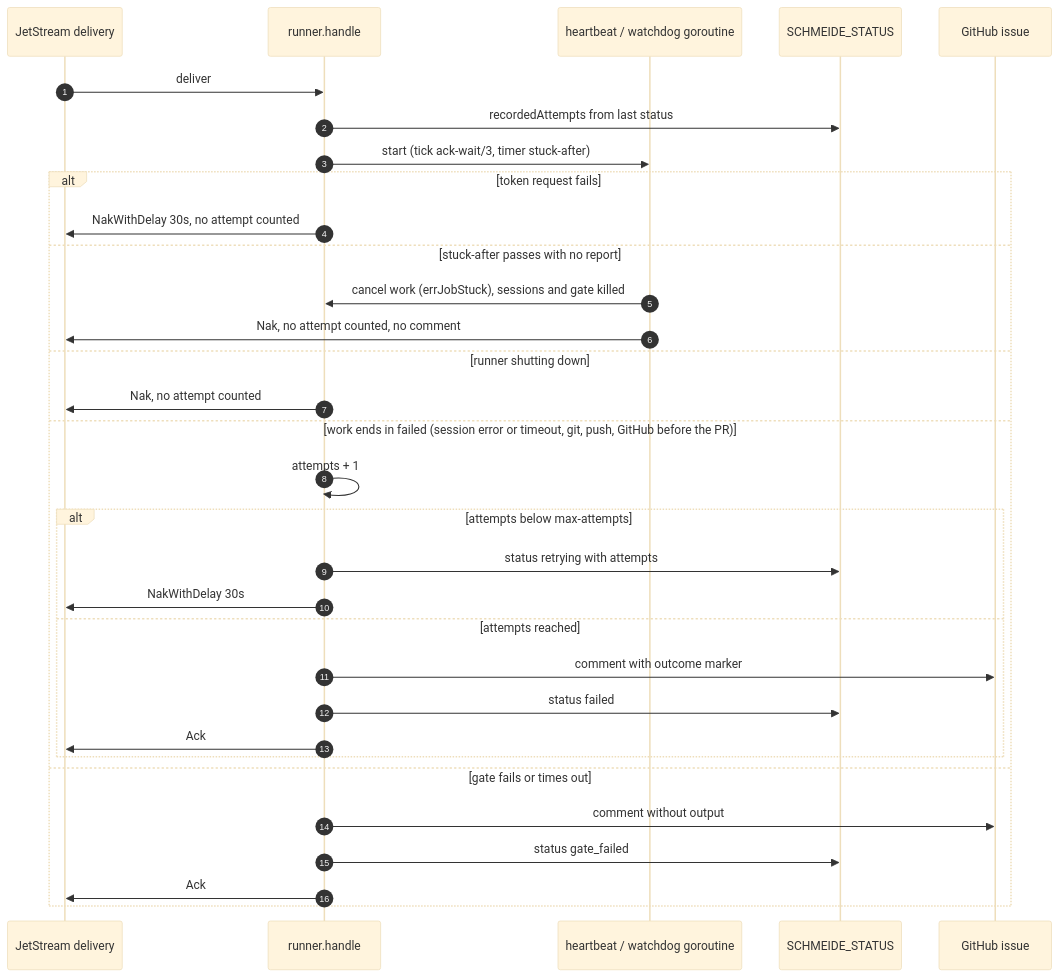
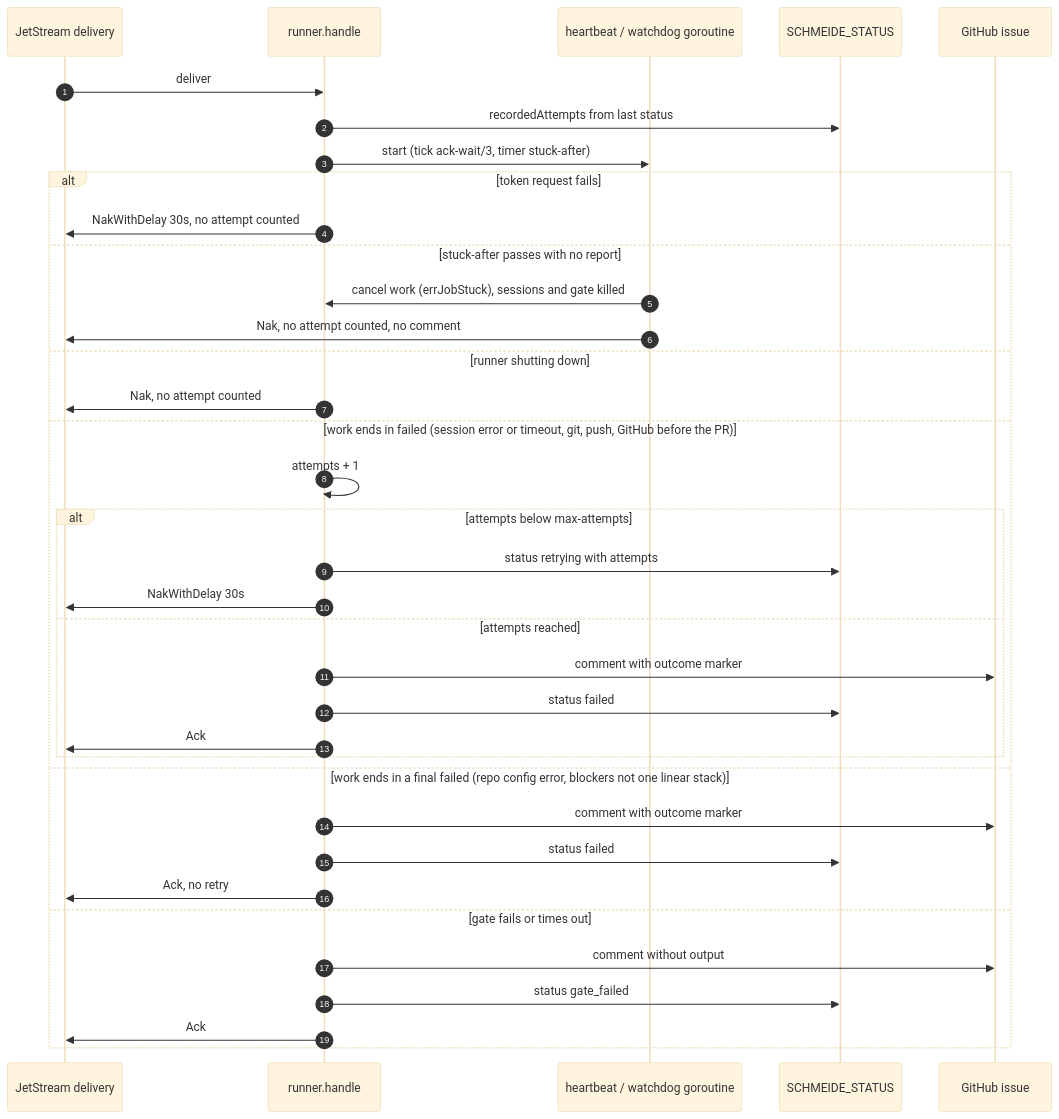
One commit to autobutler-org/schmeide changed the seventh of 7 diagrams in docs/architecture/job-flows.md. Above: the diagram before and after it, drawn with Mermaid (base theme). The commit also changed 12 other files, not shown here.

First line of the commit message:
fail a job finally on a missing repo config or side-by-side blockers (#216)

````diff
--- a/docs/architecture/job-flows.md
+++ b/docs/architecture/job-flows.md
@@ -250,35 +250,39 @@
 ```mermaid
 sequenceDiagram
     autonumber
     participant JS as JetStream delivery
     participant R as runner.handle
     participant WD as heartbeat / watchdog goroutine
     participant ST as SCHMEIDE_STATUS
     participant GH as GitHub issue
 
     JS->>R: deliver
     R->>ST: recordedAttempts from last status
     R->>WD: start (tick ack-wait/3, timer stuck-after)
     alt token request fails
         R->>JS: NakWithDelay 30s, no attempt counted
     else stuck-after passes with no report
         WD->>R: cancel work (errJobStuck), sessions and gate killed
         WD->>JS: Nak, no attempt counted, no comment
     else runner shutting down
         R->>JS: Nak, no attempt counted
     else work ends in failed (session error or timeout, git, push, GitHub before the PR)
         R->>R: attempts + 1
         alt attempts below max-attempts
             R->>ST: status retrying with attempts
             R->>JS: NakWithDelay 30s
         else attempts reached
             R->>GH: comment with outcome marker
             R->>ST: status failed
             R->>JS: Ack
         end
+    else work ends in a final failed (repo config error, blockers not one linear stack)
+        R->>GH: comment with outcome marker
+        R->>ST: status failed
+        R->>JS: Ack, no retry
     else gate fails or times out
         R->>GH: comment without output
         R->>ST: status gate_failed
         R->>JS: Ack
     end
 ```
````
